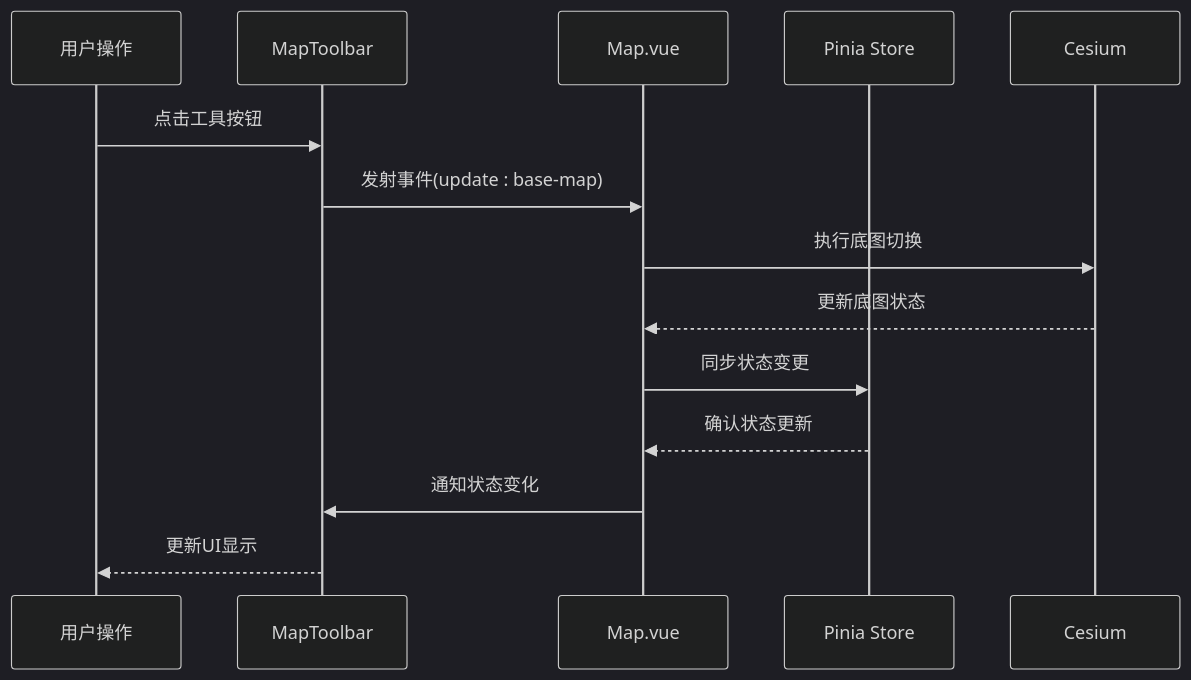
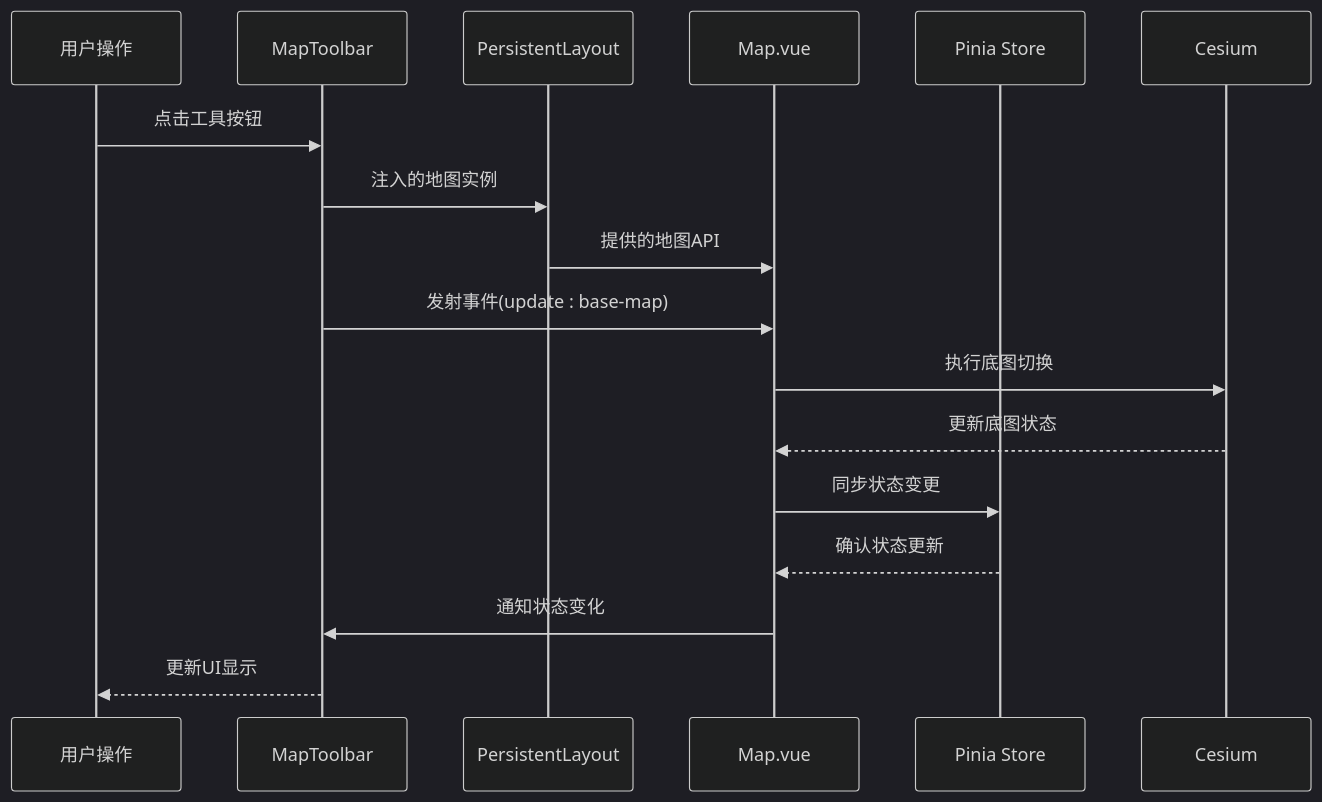
One commit to zhibo1997/government-dashboard changed diagram 14 of 14 in .qoder/repowiki/zh/content/核心组件架构/核心组件架构.md. Above: the diagram before and after it, drawn with Mermaid (dark theme). The commit also changed other lines of this file and 28 other files, not shown here.

````diff
--- a/.qoder/repowiki/zh/content/核心组件架构/核心组件架构.md
+++ b/.qoder/repowiki/zh/content/核心组件架构/核心组件架构.md
@@ -570,16 +713,19 @@
 ```mermaid
 sequenceDiagram
 participant User as 用户操作
 participant Toolbar as MapToolbar
+participant Layout as PersistentLayout
 participant Map as Map.vue
 participant Store as Pinia Store
 participant Cesium as Cesium
 User->>Toolbar : 点击工具按钮
+Toolbar->>Layout : 注入的地图实例
+Layout->>Map : 提供的地图API
 Toolbar->>Map : 发射事件(update : base-map)
 Map->>Cesium : 执行底图切换
 Cesium-->>Map : 更新底图状态
 Map->>Store : 同步状态变更
 Store-->>Map : 确认状态更新
 Map->>Toolbar : 通知状态变化
 Toolbar-->>User : 更新UI显示
 ```
````
